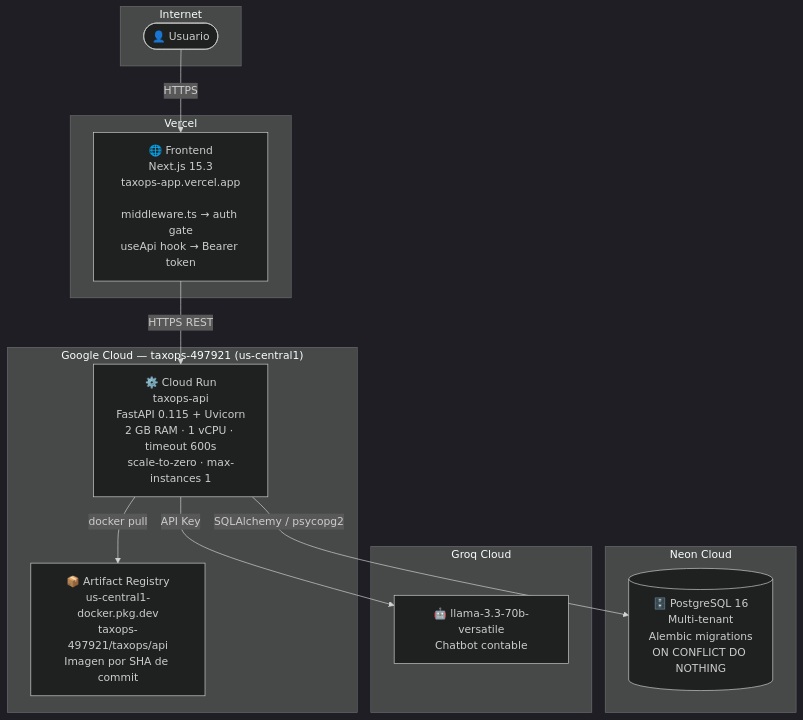
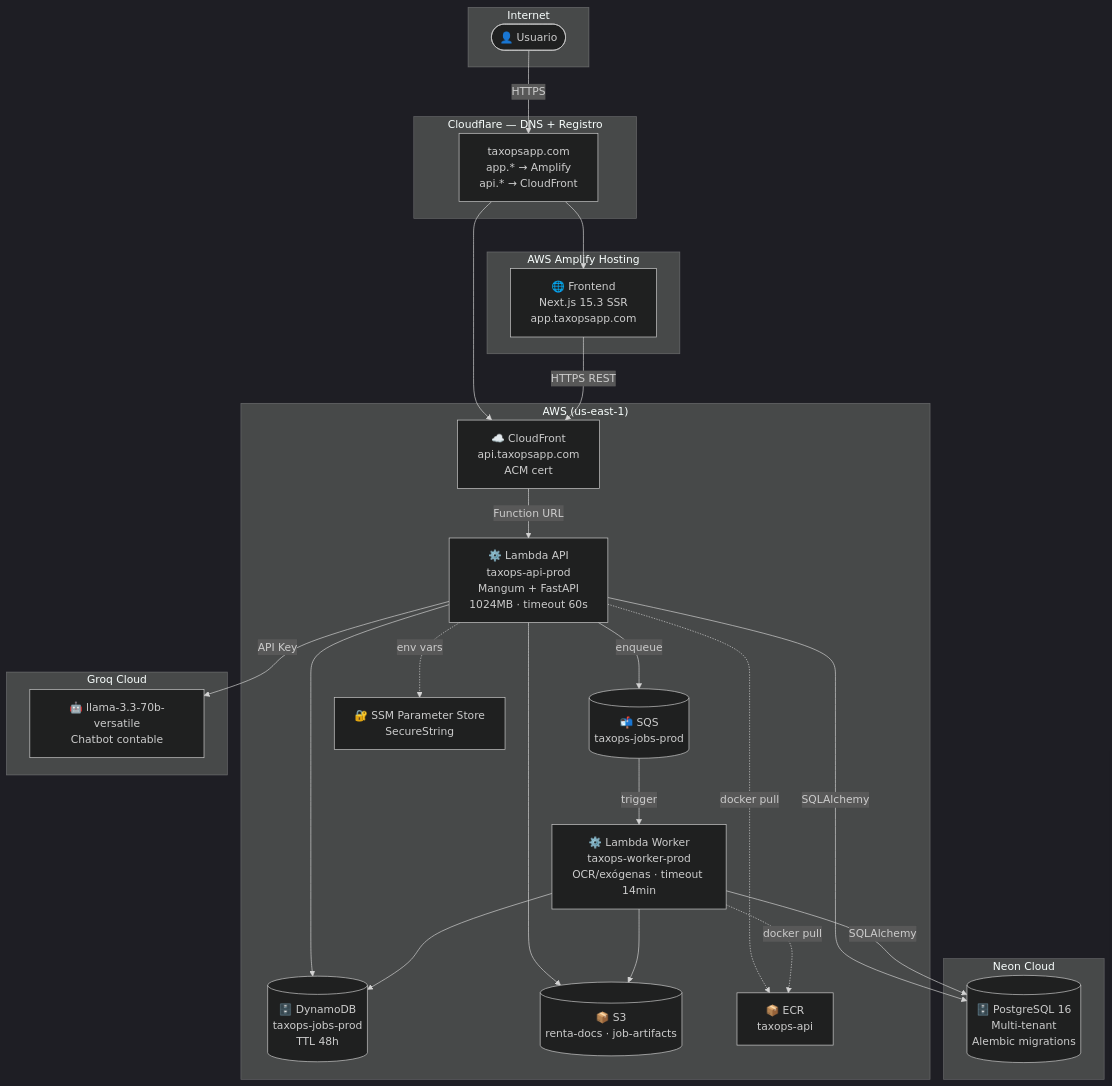
Before and after one commit to ABA-projects/TaxOps-11: the first of 3 diagrams in README.md, drawn with Mermaid (dark theme). The commit also changed other lines of this file, not shown here.

First line of the commit message:
docs: actualizar README para reflejar la migración a AWS (#21)

````diff
--- a/README.md
+++ b/README.md
@@ -79,29 +86,52 @@
 ```mermaid
 graph TD
     subgraph Internet
         U([👤 Usuario])
     end
 
-    subgraph Vercel
-        FE["🌐 Frontend\nNext.js 15.3\ntaxops-app.vercel.app\n\nmiddleware.ts → auth gate\nuseApi hook → Bearer token"]
+    subgraph Cloudflare["Cloudflare — DNS + Registro"]
+        DNS["taxopsapp.com\napp.* → Amplify\napi.* → CloudFront"]
     end
 
-    subgraph GCP["Google Cloud — taxops-497921 (us-central1)"]
-        CR["⚙️ Cloud Run\ntaxops-api\nFastAPI 0.115 + Uvicorn\n2 GB RAM · 1 vCPU · timeout 600s\nscale-to-zero · max-instances 1"]
-        AR["📦 Artifact Registry\nus-central1-docker.pkg.dev\ntaxops-497921/taxops/api\nImagen por SHA de commit"]
-        CR -->|docker pull| AR
+    subgraph Amplify["AWS Amplify Hosting"]
+        FE["🌐 Frontend\nNext.js 15.3 SSR\napp.taxopsapp.com"]
+    end
+
+    subgraph AWS["AWS (us-east-1)"]
+        CF["☁️ CloudFront\napi.taxopsapp.com\nACM cert"]
+        LAPI["⚙️ Lambda API\ntaxops-api-prod\nMangum + FastAPI\n1024MB · timeout 60s"]
+        LWRK["⚙️ Lambda Worker\ntaxops-worker-prod\nOCR/exógenas · timeout 14min"]
+        SQS[("📬 SQS\ntaxops-jobs-prod")]
+        DDB[("🗄️ DynamoDB\ntaxops-jobs-prod\nTTL 48h")]
+        S3[("📦 S3\nrenta-docs · job-artifacts")]
+        SSM["🔐 SSM Parameter Store\nSecureString"]
+        ECR["📦 ECR\ntaxops-api"]
+
+        CF -->|Function URL| LAPI
+        LAPI -->|enqueue| SQS
+        SQS -->|trigger| LWRK
+        LAPI --> DDB
+        LWRK --> DDB
+        LAPI --> S3
+        LWRK --> S3
+        LAPI -.->|env vars| SSM
+        LAPI -.->|docker pull| ECR
+        LWRK -.->|docker pull| ECR
     end
 
     subgraph Neon["Neon Cloud"]
-        DB[("🗄️ PostgreSQL 16\nMulti-tenant\nAlembic migrations\nON CONFLICT DO NOTHING")]
+        DB[("🗄️ PostgreSQL 16\nMulti-tenant\nAlembic migrations")]
     end
 
     subgraph Groq["Groq Cloud"]
         AI["🤖 llama-3.3-70b-versatile\nChatbot contable"]
     end
 
-    U -->|HTTPS| FE
-    FE -->|HTTPS REST| CR
-    CR -->|SQLAlchemy / psycopg2| DB
-    CR -->|API Key| AI
+    U -->|HTTPS| DNS
+    DNS --> FE
+    DNS --> CF
+    FE -->|HTTPS REST| CF
+    LAPI -->|SQLAlchemy| DB
+    LWRK -->|SQLAlchemy| DB
+    LAPI -->|API Key| AI
 ```
````
